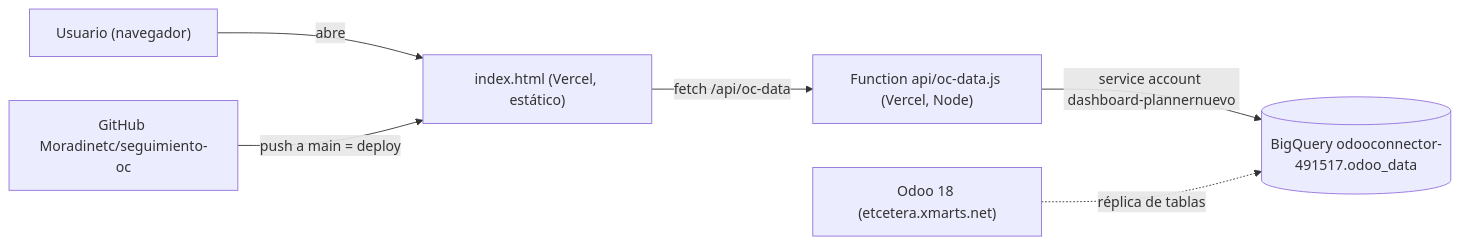
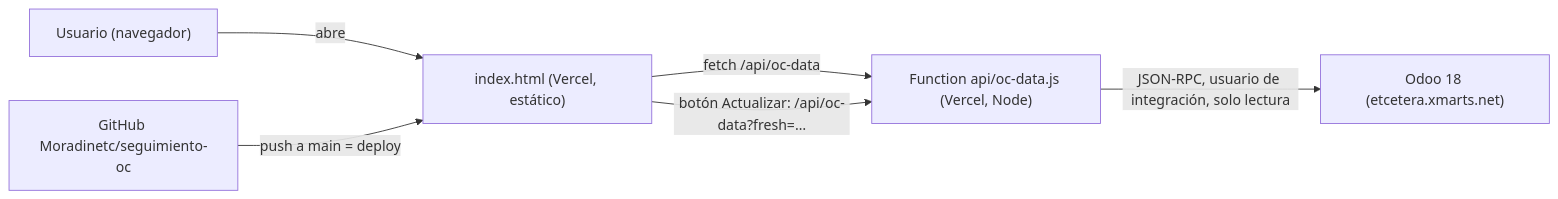
The diagram in DOCUMENTACION.md (Moradinetc/seguimiento-oc), drawn with Mermaid before and after one commit. The commit also changed other lines of this file and 6 other files, not shown here.

````diff
--- a/DOCUMENTACION.md
+++ b/DOCUMENTACION.md
@@ -99,8 +100,8 @@
 ```mermaid
 flowchart LR
   U["Usuario (navegador)"] -->|"abre"| H["index.html (Vercel, estático)"]
   H -->|"fetch /api/oc-data"| F["Function api/oc-data.js (Vercel, Node)"]
-  F -->|"service account dashboard-plannernuevo"| BQ[("BigQuery odooconnector-491517.odoo_data")]
-  O["Odoo 18 (etcetera.xmarts.net)"] -.->|"réplica de tablas"| BQ
+  H -->|"botón Actualizar: /api/oc-data?fresh=…"| F
+  F -->|"JSON-RPC, usuario de integración, solo lectura"| O["Odoo 18 (etcetera.xmarts.net)"]
   G["GitHub Moradinetc/seguimiento-oc"] -->|"push a main = deploy"| H
 ```
````
